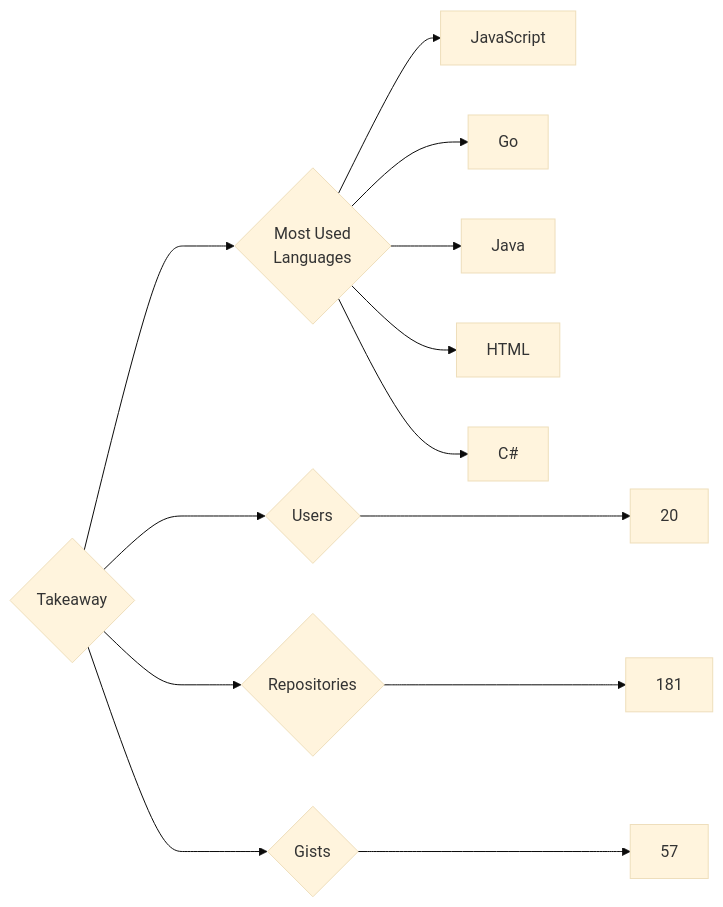
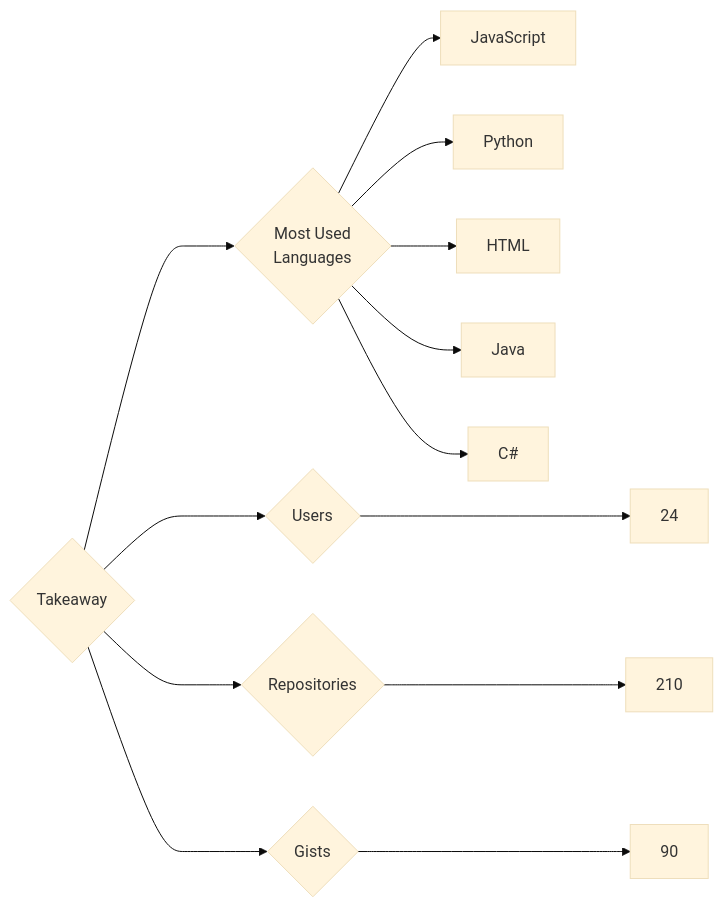
The diagram in targets/Takeaway/README.md (trickest/insiders), drawn with Mermaid (base theme) before and after one commit. The commit also changed 1011 other files, not shown here.

````diff
--- a/targets/Takeaway/README.md
+++ b/targets/Takeaway/README.md
@@ -3,13 +3,13 @@
 ```mermaid
 graph LR
 COMPANY_NAME{Takeaway}
-COMPANY_NAME ---> U{Users} ---> UN[20]
-COMPANY_NAME ---> R{Repositories} ---> RN[181]
-COMPANY_NAME ---> G{Gists} ---> GN[57]
+COMPANY_NAME ---> U{Users} ---> UN[24]
+COMPANY_NAME ---> R{Repositories} ---> RN[210]
+COMPANY_NAME ---> G{Gists} ---> GN[90]
 COMPANY_NAME ---> ML{Most Used<br>Languages}
 ML --> JavaScript[JavaScript]
-ML --> Go[Go]
+ML --> Python[Python]
+ML --> HTML[HTML]
 ML --> Java[Java]
-ML --> HTML[HTML]
 ML --> C#[C#]
 ```
````
